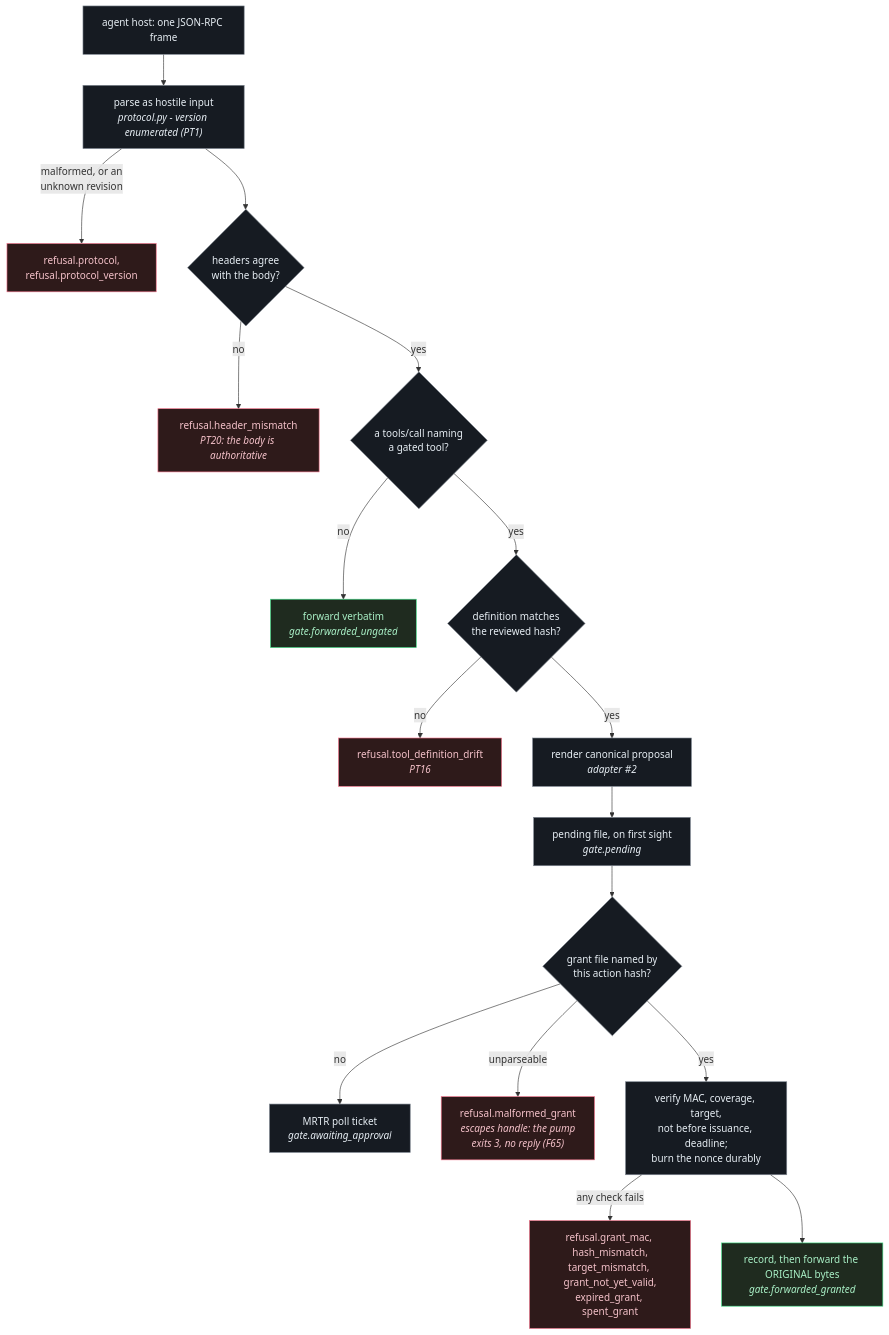
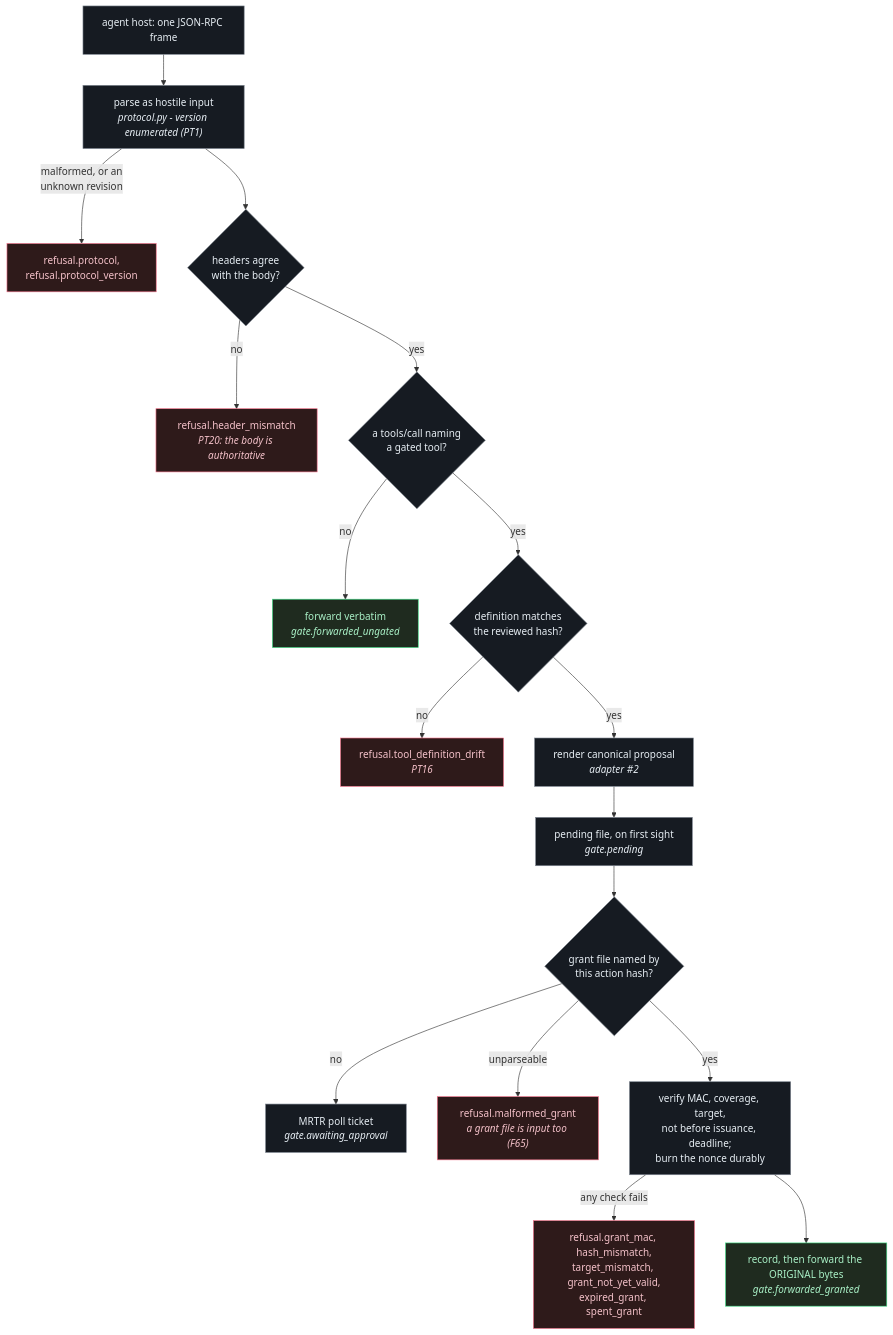
One commit to jerzy99jerzy/pirx changed the second of 2 diagrams in docs/ARCHITECTURE.md. Above: the diagram before and after it, drawn with Mermaid. The commit also changed other lines of this file and 15 other files, not shown here.

First line of the commit message:
fix(gate): a grant file is input - refuse and answer an unparseable one, record issuance before the grant is written whole (F65)

````diff
--- a/docs/ARCHITECTURE.md
+++ b/docs/ARCHITECTURE.md
@@ -573,25 +574,25 @@
 ```mermaid
 flowchart TD
     IN["agent host: one JSON-RPC frame"] --> PARSE["parse as hostile input<br/><i>protocol.py - version enumerated (PT1)</i>"]
     PARSE -->|"malformed, or an<br/>unknown revision"| REF0["refusal.protocol,<br/>refusal.protocol_version"]
     PARSE --> HDR{"headers agree<br/>with the body?"}
     HDR -->|"no"| REF1["refusal.header_mismatch<br/><i>PT20: the body is authoritative</i>"]
     HDR -->|"yes"| GATED{"a tools/call naming<br/>a gated tool?"}
     GATED -->|"no"| FWD1["forward verbatim<br/><i>gate.forwarded_ungated</i>"]
     GATED -->|"yes"| DRIFT{"definition matches<br/>the reviewed hash?"}
     DRIFT -->|"no"| REF2["refusal.tool_definition_drift<br/><i>PT16</i>"]
     DRIFT -->|"yes"| RENDER["render canonical proposal<br/><i>adapter #2</i>"]
     RENDER --> PEND["pending file, on first sight<br/><i>gate.pending</i>"]
     PEND --> HAS{"grant file named by<br/>this action hash?"}
     HAS -->|"no"| TICKET["MRTR poll ticket<br/><i>gate.awaiting_approval</i>"]
-    HAS -->|"unparseable"| REF4["refusal.malformed_grant<br/><i>escapes handle: the pump<br/>exits 3, no reply (F65)</i>"]
+    HAS -->|"unparseable"| REF4["refusal.malformed_grant<br/><i>a grant file is input too (F65)</i>"]
     HAS -->|"yes"| SPEND["verify MAC, coverage, target,<br/>not before issuance, deadline;<br/>burn the nonce durably"]
     SPEND -->|"any check fails"| REF3["refusal.grant_mac, hash_mismatch,<br/>target_mismatch, grant_not_yet_valid,<br/>expired_grant, spent_grant"]
     SPEND --> FWD2["record, then forward the ORIGINAL bytes<br/><i>gate.forwarded_granted</i>"]
 
     classDef default fill:#161b22,stroke:#7d8590,color:#e6edf3
     classDef refusal fill:#2e1a1a,stroke:#f7768e,color:#f4c1c9
     classDef pass fill:#1f2b1f,stroke:#3ddc84,color:#a9f0c6
     class REF0,REF1,REF2,REF3,REF4 refusal
     class FWD1,FWD2 pass
 ```
````
